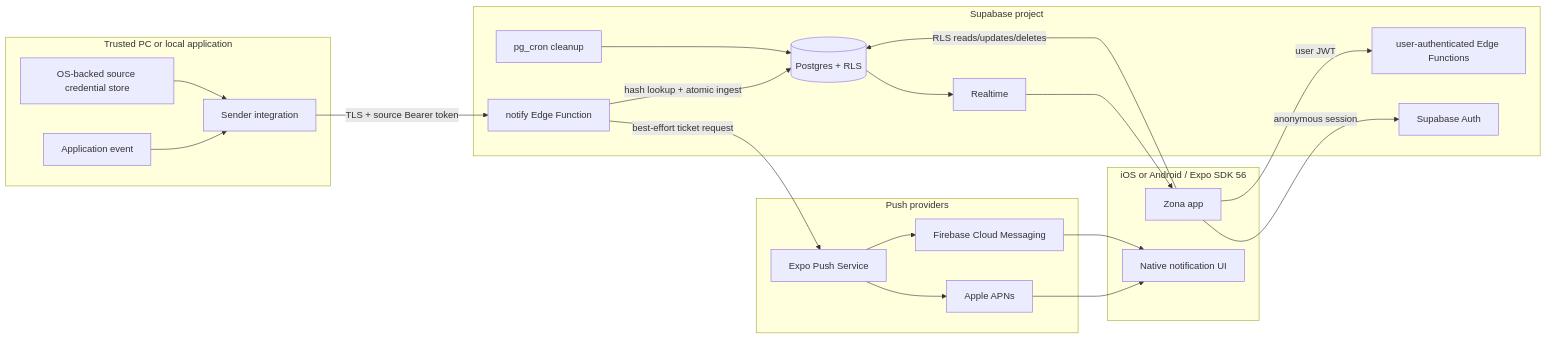
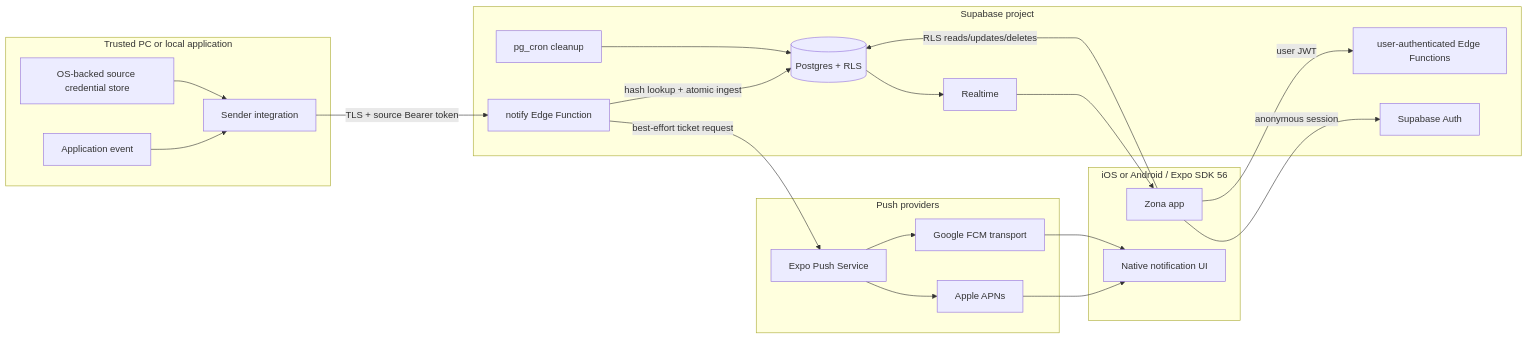
The diagram in docs/ARCHITECTURE.md (terri-yaki/zona), drawn with Mermaid before and after one commit. The commit also changed other lines of this file and 32 other files, not shown here.

````diff
--- a/docs/ARCHITECTURE.md
+++ b/docs/ARCHITECTURE.md
@@ -9,37 +9,37 @@
 ```mermaid
 flowchart LR
   subgraph Sender["Trusted PC or local application"]
     A["Application event"] --> B["Sender integration"]
     K["OS-backed source credential store"] --> B
   end
 
   subgraph Supabase["Supabase project"]
     N["notify Edge Function"]
     U["user-authenticated Edge Functions"]
     DB[("Postgres + RLS")]
     AUTH["Supabase Auth"]
     RT["Realtime"]
     CRON["pg_cron cleanup"]
   end
 
   subgraph Push["Push providers"]
     EXPO["Expo Push Service"] --> APNS["Apple APNs"]
-    EXPO --> FCM["Firebase Cloud Messaging"]
+    EXPO --> FCM["Google FCM transport"]
   end
 
   subgraph Phone["iOS or Android / Expo SDK 56"]
     APP["Zona app"]
     NATIVE["Native notification UI"]
   end
 
   B -->|"TLS + source Bearer token"| N
   N -->|"hash lookup + atomic ingest"| DB
   N -->|"best-effort ticket request"| EXPO
   APNS --> NATIVE
   FCM --> NATIVE
   APP -->|"anonymous session"| AUTH
   APP -->|"user JWT"| U
   APP -->|"RLS reads/updates/deletes"| DB
   DB --> RT --> APP
   CRON --> DB
 ```
````
